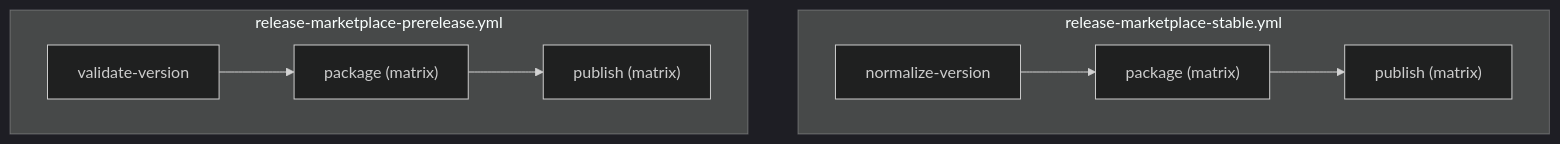
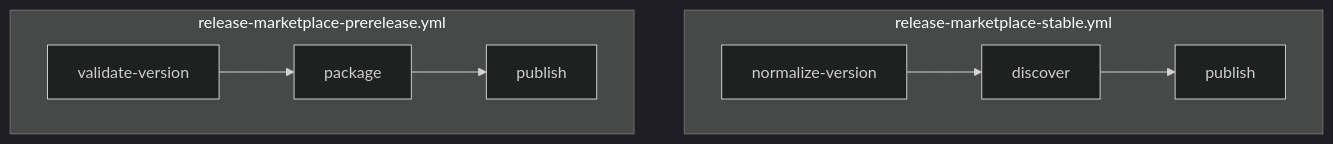
Before and after one commit to MohammedAlkindi/hve-core: the third of 3 diagrams in docs/architecture/workflows.md, drawn with Mermaid (dark theme). The commit also changed other lines of this file and 19 other files, not shown here.

````diff
--- a/docs/architecture/workflows.md
+++ b/docs/architecture/workflows.md
@@ -264,11 +278,11 @@
 ```mermaid
 flowchart TD
     subgraph Stable["release-marketplace-stable.yml"]
-        NV[normalize-version] --> PKG1["package (matrix)"]
-        PKG1 --> PUB1["publish (matrix)"]
+        NV[normalize-version] --> DISC[discover]
+        DISC --> PUB1[publish]
     end
     subgraph PreRelease["release-marketplace-prerelease.yml"]
-        VV[validate-version] --> PKG2["package (matrix)"]
-        PKG2 --> PUB2["publish (matrix)"]
+        VV[validate-version] --> PKG2[package]
+        PKG2 --> PUB2[publish]
     end
 ```
````
